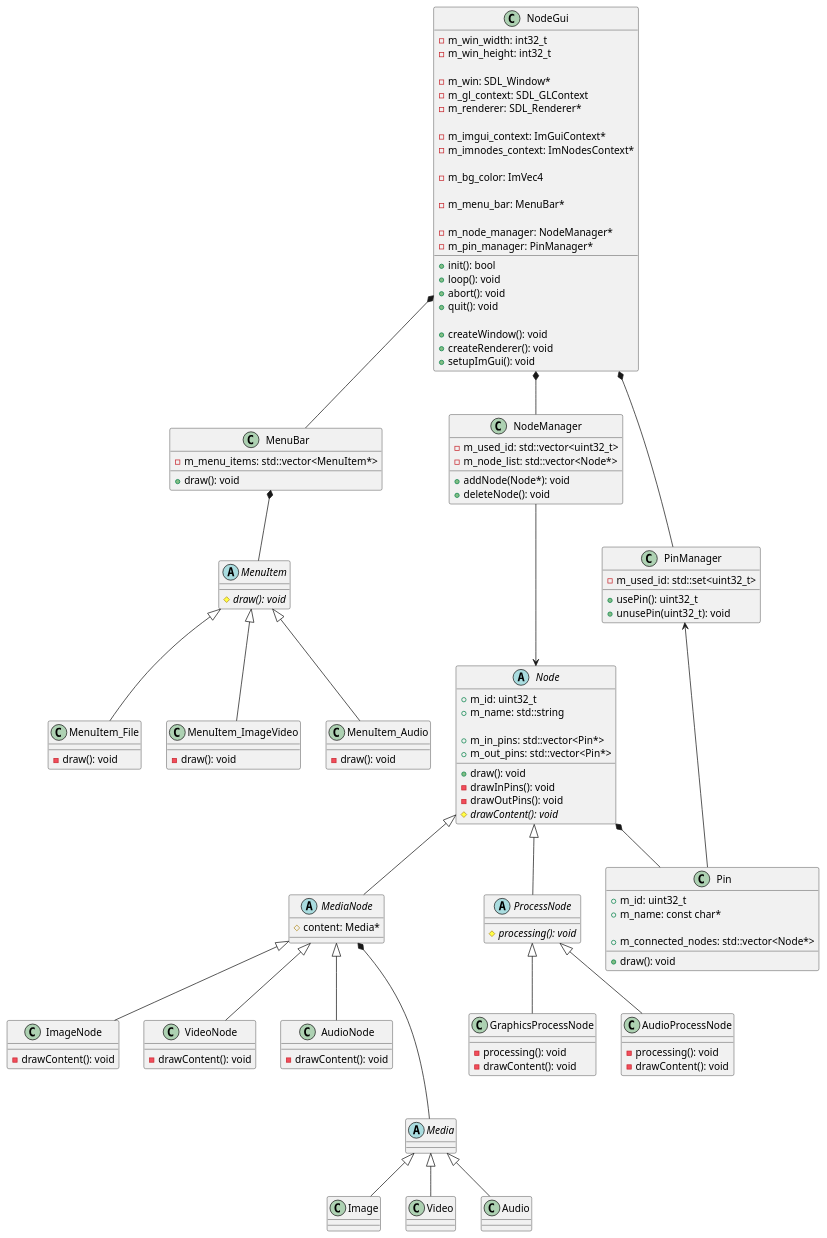
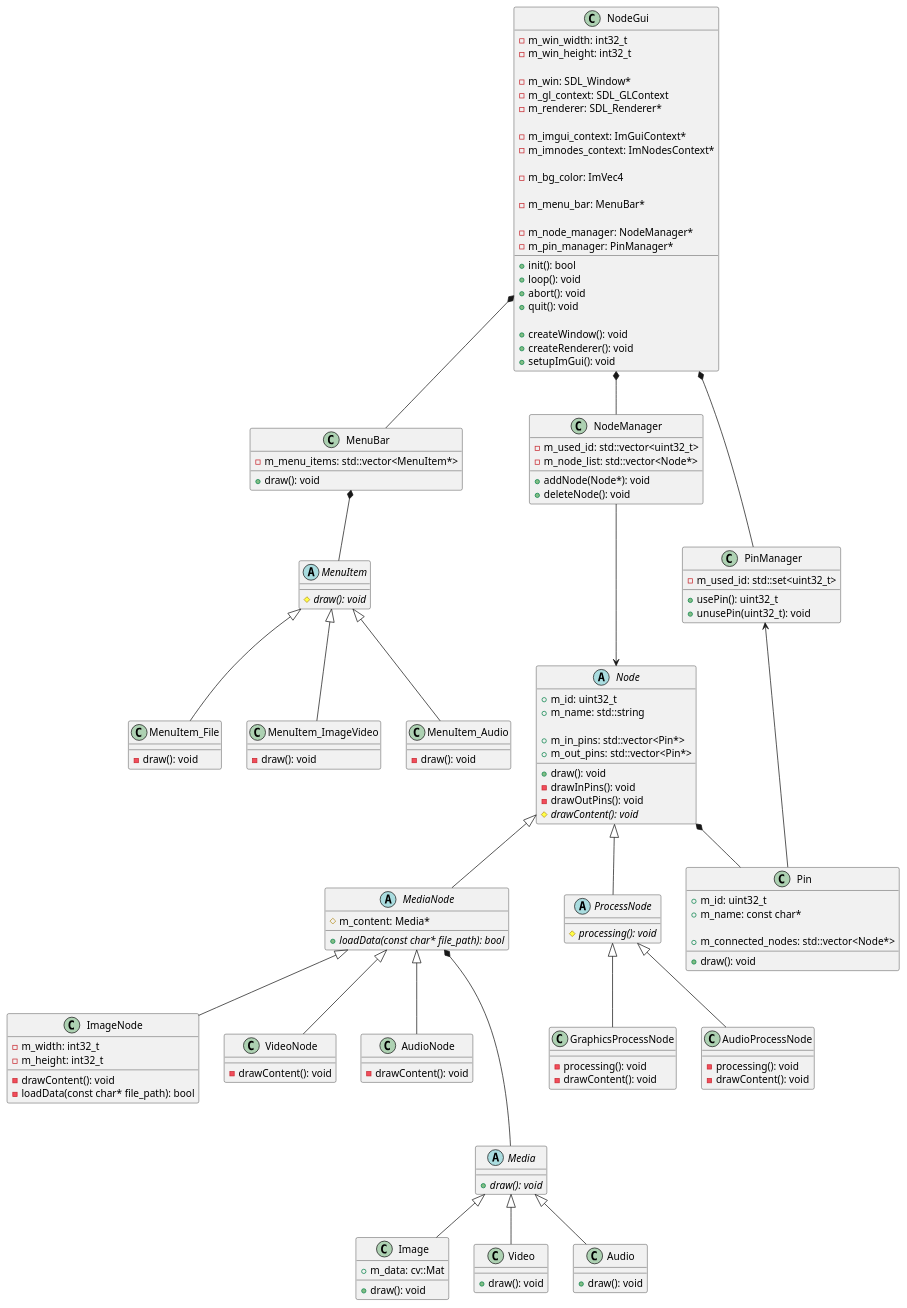
Before and after one commit to nkue-yst/NodeProcessV2: the diagram in uml/uml.pu, drawn with PlantUML. The commit also changed 11 other files, not shown here.

```diff
--- a/uml/uml.pu
+++ b/uml/uml.pu
@@ -1,162 +1,170 @@
 @startuml NodeProcessing
 
 class NodeGui {
     +init(): bool
     +loop(): void
     +abort(): void
     +quit(): void
 
     +createWindow(): void
     +createRenderer(): void
     +setupImGui(): void
 
     -m_win_width: int32_t
     -m_win_height: int32_t
 
     -m_win: SDL_Window*
     -m_gl_context: SDL_GLContext
     -m_renderer: SDL_Renderer*
 
     -m_imgui_context: ImGuiContext*
     -m_imnodes_context: ImNodesContext*
 
     -m_bg_color: ImVec4
 
     -m_menu_bar: MenuBar*
 
     -m_node_manager: NodeManager*
     -m_pin_manager: PinManager*
 }
 
 class MenuBar {
     +draw(): void
 
     -m_menu_items: std::vector<MenuItem*>
 }
 
 abstract class MenuItem {
     {abstract} #draw(): void
 }
 
 class MenuItem_File {
     -draw(): void
 }
 
 class MenuItem_ImageVideo {
     -draw(): void
 }
 
 class MenuItem_Audio {
     -draw(): void
 }
 
 class NodeManager {
     +addNode(Node*): void
     +deleteNode(): void
 
     -m_used_id: std::vector<uint32_t>
     -m_node_list: std::vector<Node*>
 }
 
 abstract class Node {
     +draw(): void
     -drawInPins(): void
     -drawOutPins(): void
     {abstract} #drawContent(): void
 
     +m_id: uint32_t
     +m_name: std::string
 
     +m_in_pins: std::vector<Pin*>
     +m_out_pins: std::vector<Pin*>
 }
 
 abstract class MediaNode {
-    #content: Media*
+    {abstract} +loadData(const char* file_path): bool
+
+    #m_content: Media*
 }
 
 abstract class ProcessNode {
     {abstract} #processing(): void
 }
 
 class ImageNode {
     -drawContent(): void
+    -loadData(const char* file_path): bool
+
+    -m_width: int32_t
+    -m_height: int32_t
 }
 
 class VideoNode {
     -drawContent(): void
 }
 
 class AudioNode {
     -drawContent(): void
 }
 
 class GraphicsProcessNode {
     -processing(): void
     -drawContent(): void
 }
 
 class AudioProcessNode {
     -processing(): void
     -drawContent(): void
 }
 
 class PinManager {
     +usePin(): uint32_t
     +unusePin(uint32_t): void
 
     -m_used_id: std::set<uint32_t>
 }
 
 class Pin {
     +draw(): void
 
     +m_id: uint32_t
     +m_name: const char*
 
     +m_connected_nodes: std::vector<Node*>
 }
 
 abstract class Media {
-
+    {abstract} +draw(): void
 }
 
 class Image {
-
+    +draw(): void
+    
+    +m_data: cv::Mat
 }
 
 class Video {
-
+    +draw(): void
 }
 
 class Audio {
-
+    +draw(): void
 }
 
 NodeGui *-- NodeManager
 NodeGui *-- PinManager
 NodeGui *-- MenuBar
 
 MenuBar *-- MenuItem
 MenuItem <|-- MenuItem_File
 MenuItem <|-- MenuItem_ImageVideo
 MenuItem <|-- MenuItem_Audio
 
 Node <|-- MediaNode
 Node <|-- ProcessNode
 Node *-- Pin
 MediaNode <|-- ImageNode
 MediaNode <|-- VideoNode
 MediaNode <|-- AudioNode
 ProcessNode <|-- GraphicsProcessNode
 ProcessNode <|-- AudioProcessNode
 
 MediaNode *--- Media
 Media <|-- Image
 Media <|-- Video
 Media <|-- Audio
 
 NodeManager ---> Node
 PinManager <-- Pin
 
 @enduml
```
